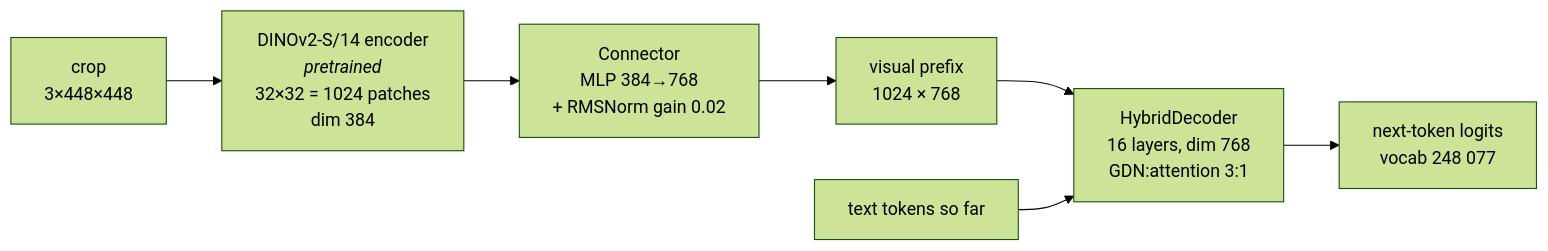
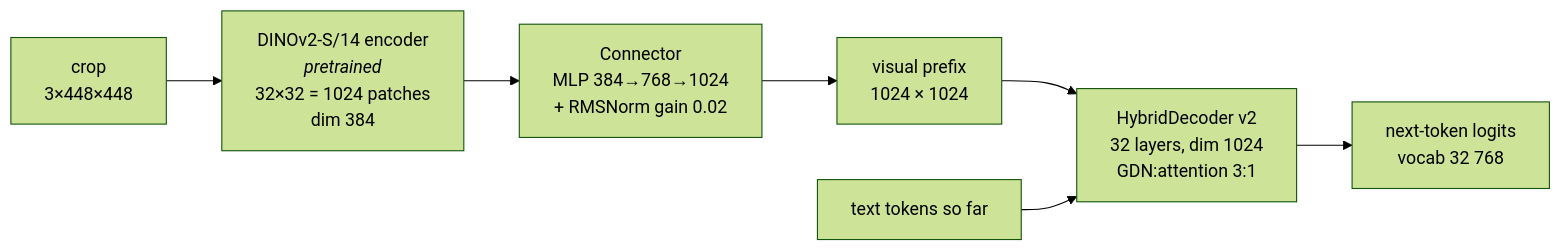
The second of 3 diagrams in docs/ARCHITECTURE.md (Saurab-Shrestha/Akshara), drawn with Mermaid (forest theme) before and after one commit. The commit also changed other lines of this file and 32 other files, not shown here.

````diff
--- a/docs/ARCHITECTURE.md
+++ b/docs/ARCHITECTURE.md
@@ -59,9 +66,9 @@
 ```mermaid
 flowchart LR
     A["crop<br/>3×448×448"] --> B["DINOv2-S/14 encoder<br/><i>pretrained</i><br/>32×32 = 1024 patches<br/>dim 384"]
-    B --> C["Connector<br/>MLP 384→768<br/>+ RMSNorm gain 0.02"]
-    C --> D["visual prefix<br/>1024 × 768"]
-    D --> E["HybridDecoder<br/>16 layers, dim 768<br/>GDN:attention 3:1"]
+    B --> C["Connector<br/>MLP 384→768→1024<br/>+ RMSNorm gain 0.02"]
+    C --> D["visual prefix<br/>1024 × 1024"]
+    D --> E["HybridDecoder v2<br/>32 layers, dim 1024<br/>GDN:attention 3:1"]
     T["text tokens so far"] --> E
-    E --> F["next-token logits<br/>vocab 248 077"]
+    E --> F["next-token logits<br/>vocab 32 768"]
 ```
````
